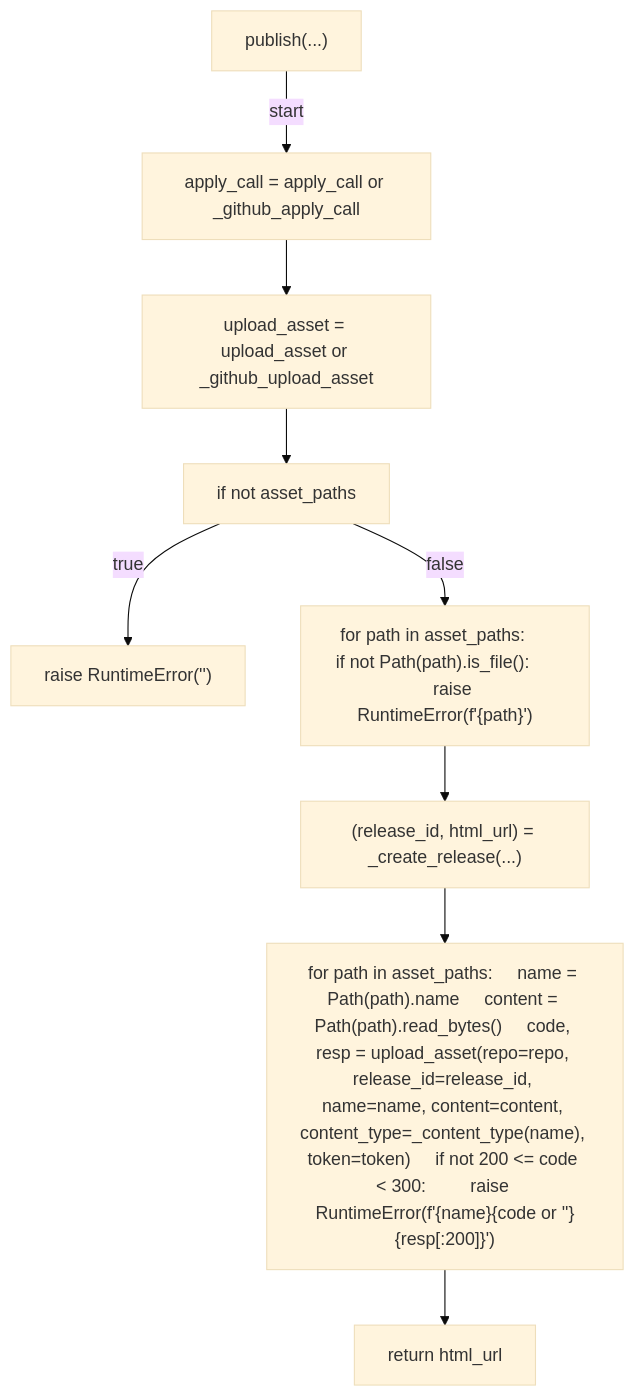
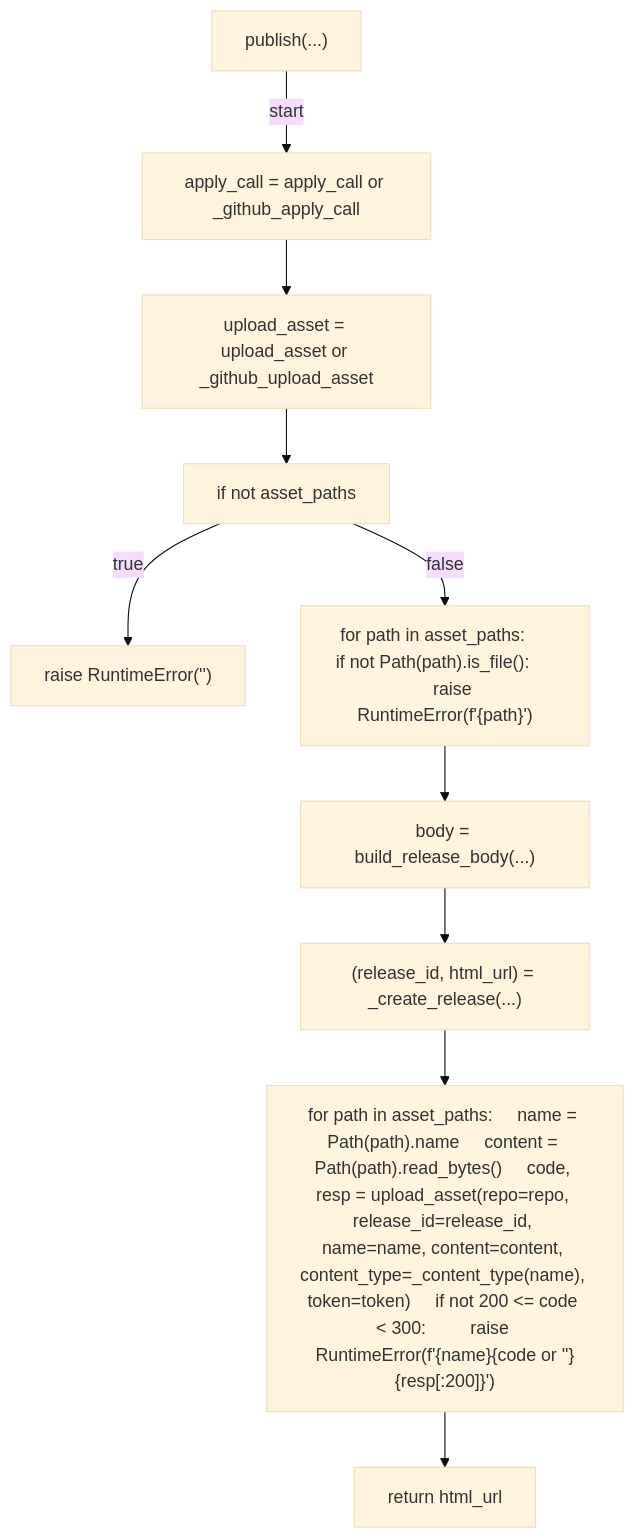
One commit to tvna/claude-md changed the ninth of 11 diagrams in docs/generated/scripts/ast/publish_instruction_release.md. Above: the diagram before and after it, drawn with Mermaid (base theme). The commit also changed other lines of this file and 1 other file, not shown here.

First line of the commit message:
docs(generated): regenerate decision tree and workflow diagrams

````diff
--- a/docs/generated/scripts/ast/publish_instruction_release.md
+++ b/docs/generated/scripts/ast/publish_instruction_release.md
@@ -47,20 +149,22 @@
 ```mermaid
 flowchart TD
     N001["publish(...)"]
     N002["apply_call = apply_call or _github_apply_call"]
     N003["upload_asset = upload_asset or _github_upload_asset"]
     N004["if not asset_paths"]
     N005["raise RuntimeError('<str>')"]
     N006["for path in asset_paths:     if not Path(path).is_file():         raise RuntimeError(f'<str>{path}')"]
-    N007["(release_id, html_url) = _create_release(...)"]
-    N008["for path in asset_paths:     name = Path(path).name     content = Path(path).read_bytes()     code, resp = upload_asset(repo=repo, release_id=release_id, name=name, content=content, content_type=_content_type(name), token=token)     if not 200 <= code < 300:         raise RuntimeError(f'<str>{name}<str>{code or '<str>'}<str>{resp[:200]}')"]
-    N009["return html_url"]
+    N007["body = build_release_body(...)"]
+    N008["(release_id, html_url) = _create_release(...)"]
+    N009["for path in asset_paths:     name = Path(path).name     content = Path(path).read_bytes()     code, resp = upload_asset(repo=repo, release_id=release_id, name=name, content=content, content_type=_content_type(name), token=token)     if not 200 <= code < 300:         raise RuntimeError(f'<str>{name}<str>{code or '<str>'}<str>{resp[:200]}')"]
+    N010["return html_url"]
     N001 -->|"start"| N002
     N002 --> N003
     N003 --> N004
     N004 -->|"true"| N005
     N004 -->|"false"| N006
     N006 --> N007
     N007 --> N008
     N008 --> N009
+    N009 --> N010
 ```
````
